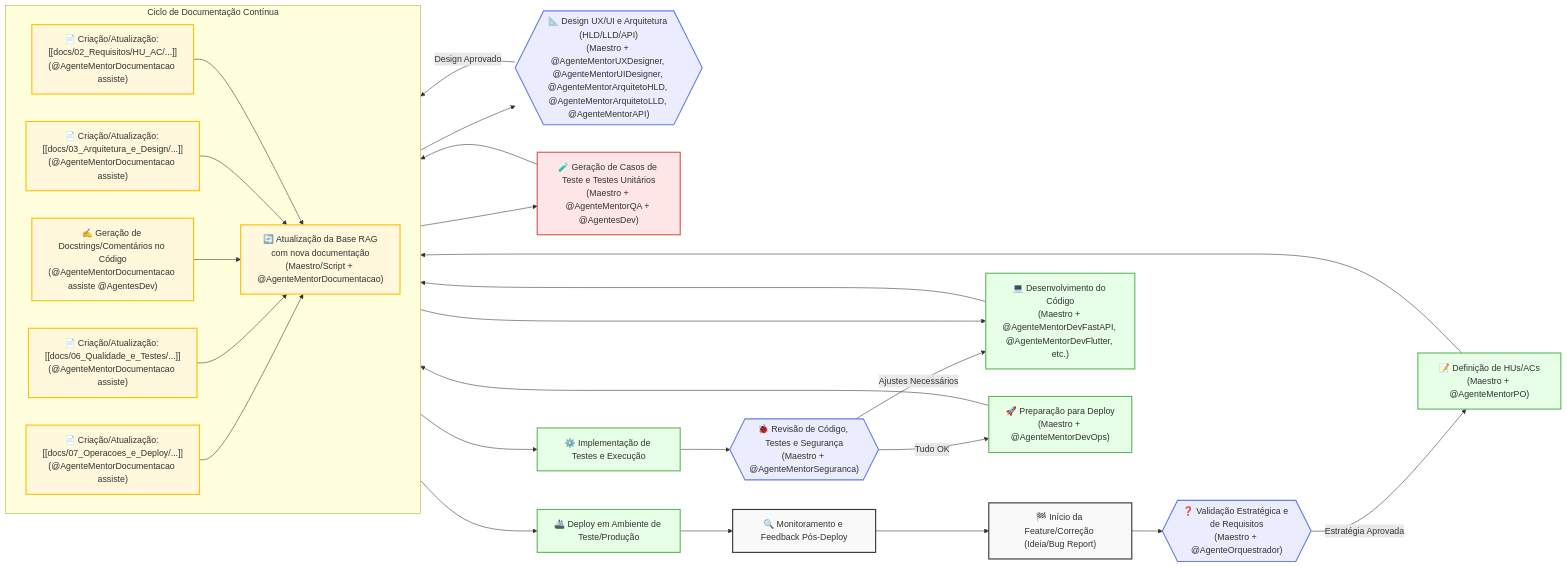
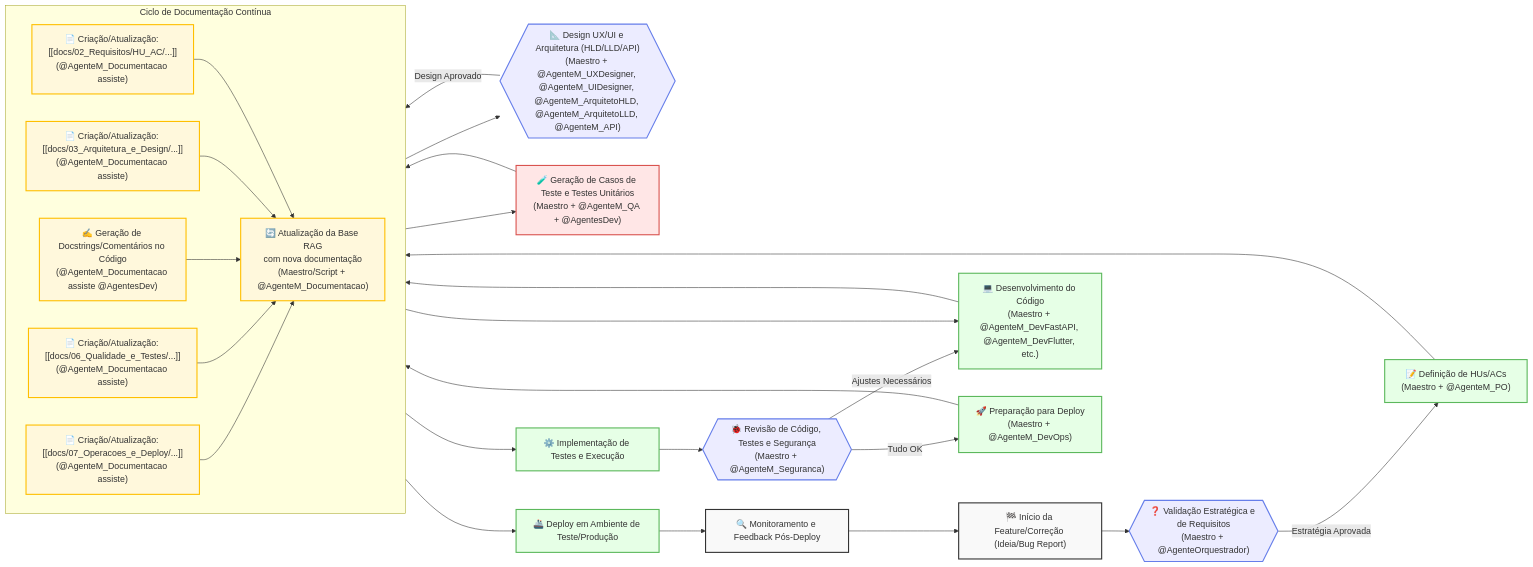
One commit to brunosrosa/recoloca-ai changed the diagram in docs/04_Agentes_IA/AGENTES_IA_MENTORES_OVERVIEW.md. Above: the diagram before and after it, drawn with Mermaid. The commit also changed other lines of this file and 66 other files, not shown here.

First line of the commit message:
refactor(Agentes_IA): rename mentor agent files to use @AgenteM_ prefix and update references

````diff
--- a/docs/04_Agentes_IA/AGENTES_IA_MENTORES_OVERVIEW.md
+++ b/docs/04_Agentes_IA/AGENTES_IA_MENTORES_OVERVIEW.md
@@ -164,46 +164,46 @@
 ```mermaid
 graph LR
     A["🏁 Início da Feature/Correção (Ideia/Bug Report)"] --> B{{"❓ Validação Estratégica e de Requisitos<br>(Maestro + @AgenteOrquestrador)"}};
-    B -- "Estratégia Aprovada" --> C["📝 Definição de HUs/ACs<br>(Maestro + @AgenteMentorPO)"];
-    C --> C_Doc["📄 Criação/Atualização: [[docs/02_Requisitos/HU_AC/...]]<br>(@AgenteMentorDocumentacao assiste)"];
+    B -- "Estratégia Aprovada" --> C["📝 Definição de HUs/ACs<br>(Maestro + @AgenteM_PO)"];
+    C --> C_Doc["📄 Criação/Atualização: [[docs/02_Requisitos/HU_AC/...]]<br>(@AgenteM_Documentacao assiste)"];
     
     subgraph "Ciclo de Documentação Contínua"
         direction LR
-        RAG_Update["🔄 Atualização da Base RAG<br>com nova documentação<br>(Maestro/Script + @AgenteMentorDocumentacao)"]
+        RAG_Update["🔄 Atualização da Base RAG<br>com nova documentação<br>(Maestro/Script + @AgenteM_Documentacao)"]
         C_Doc --> RAG_Update;
         D_Doc --> RAG_Update;
         E_Doc_Internal --> RAG_Update;
         %% Sumários/explicações do código podem ir para o RAG
         F_Doc --> RAG_Update;
         I_Doc --> RAG_Update;
     end
 
-    C_Doc --> D{{"📐 Design UX/UI e Arquitetura (HLD/LLD/API)<br>(Maestro + @AgenteMentorUXDesigner, @AgenteMentorUIDesigner, @AgenteMentorArquitetoHLD, @AgenteMentorArquitetoLLD, @AgenteMentorAPI)"}};
-    D -- "Design Aprovado" --> D_Doc["📄 Criação/Atualização: [[docs/03_Arquitetura_e_Design/...]]<br>(@AgenteMentorDocumentacao assiste)"];
-    D_Doc --> E["💻 Desenvolvimento do Código<br>(Maestro + @AgenteMentorDevFastAPI, @AgenteMentorDevFlutter, etc.)"];
-    E --> E_Doc_Internal["✍️ Geração de Docstrings/Comentários no Código<br>(@AgenteMentorDocumentacao assiste @AgentesDev)"];
-    E_Doc_Internal --> F["🧪 Geração de Casos de Teste e Testes Unitários<br>(Maestro + @AgenteMentorQA + @AgentesDev)"];
-    F --> F_Doc["📄 Criação/Atualização: [[docs/06_Qualidade_e_Testes/...]]<br>(@AgenteMentorDocumentacao assiste)"];
+    C_Doc --> D{{"📐 Design UX/UI e Arquitetura (HLD/LLD/API)<br>(Maestro + @AgenteM_UXDesigner, @AgenteM_UIDesigner, @AgenteM_ArquitetoHLD, @AgenteM_ArquitetoLLD, @AgenteM_API)"}};
+    D -- "Design Aprovado" --> D_Doc["📄 Criação/Atualização: [[docs/03_Arquitetura_e_Design/...]]<br>(@AgenteM_Documentacao assiste)"];
+    D_Doc --> E["💻 Desenvolvimento do Código<br>(Maestro + @AgenteM_DevFastAPI, @AgenteM_DevFlutter, etc.)"];
+    E --> E_Doc_Internal["✍️ Geração de Docstrings/Comentários no Código<br>(@AgenteM_Documentacao assiste @AgentesDev)"];
+    E_Doc_Internal --> F["🧪 Geração de Casos de Teste e Testes Unitários<br>(Maestro + @AgenteM_QA + @AgentesDev)"];
+    F --> F_Doc["📄 Criação/Atualização: [[docs/06_Qualidade_e_Testes/...]]<br>(@AgenteM_Documentacao assiste)"];
     F_Doc --> G["⚙️ Implementação de Testes e Execução"];
-    G --> H{{"🐞 Revisão de Código, Testes e Segurança<br>(Maestro + @AgenteMentorSeguranca)"}};
+    G --> H{{"🐞 Revisão de Código, Testes e Segurança<br>(Maestro + @AgenteM_Seguranca)"}};
     H -- "Ajustes Necessários" --> E;
-    H -- "Tudo OK" --> I["🚀 Preparação para Deploy<br>(Maestro + @AgenteMentorDevOps)"];
-    I --> I_Doc["📄 Criação/Atualização: [[docs/07_Operacoes_e_Deploy/...]]<br>(@AgenteMentorDocumentacao assiste)"];
+    H -- "Tudo OK" --> I["🚀 Preparação para Deploy<br>(Maestro + @AgenteM_DevOps)"];
+    I --> I_Doc["📄 Criação/Atualização: [[docs/07_Operacoes_e_Deploy/...]]<br>(@AgenteM_Documentacao assiste)"];
     I_Doc --> J["🚢 Deploy em Ambiente de Teste/Produção"];
     J --> K["🔍 Monitoramento e Feedback Pós-Deploy"];
     K --> A;
 
 	%% Styling
     classDef default fill:#f9f9f9,stroke:#333,stroke-width:2px,color:#333;
     classDef decision fill:#ececff,stroke:#667eea,stroke-width:2px,color:#333;
     classDef doc fill:#fff8dc,stroke:#ffbf00,stroke-width:2px,color:#333;
     classDef dev fill:#e6ffe6,stroke:#5cb85c,stroke-width:2px,color:#333;
     classDef qa fill:#ffe6e6,stroke:#d9534f,stroke-width:2px,color:#333;
     classDef deploy fill:#e6f7ff,stroke:#5bc0de,stroke-width:2px,color:#333;
 
     class A,K default;
     class B,D,H decision;
     class C,E,G,I,J dev;
     class F qa;
     class C_Doc,D_Doc,E_Doc_Internal,F_Doc,I_Doc,RAG_Update doc;
 ```
````
